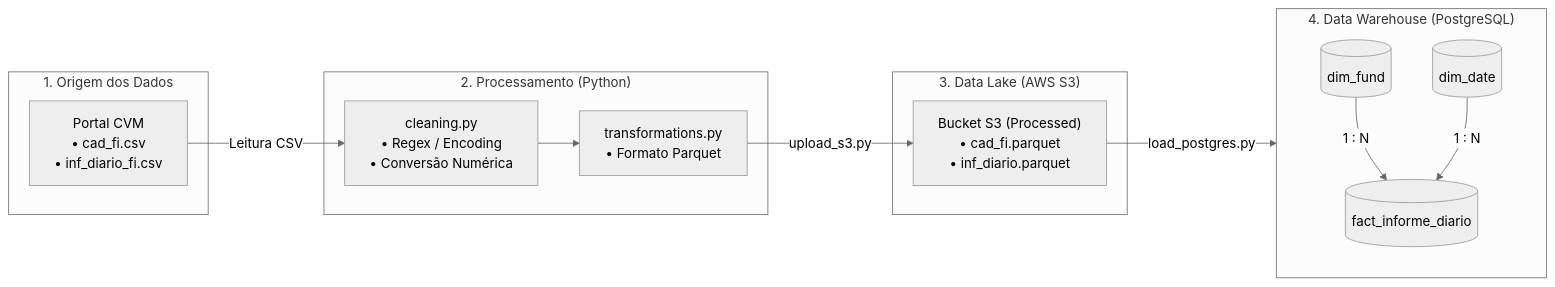
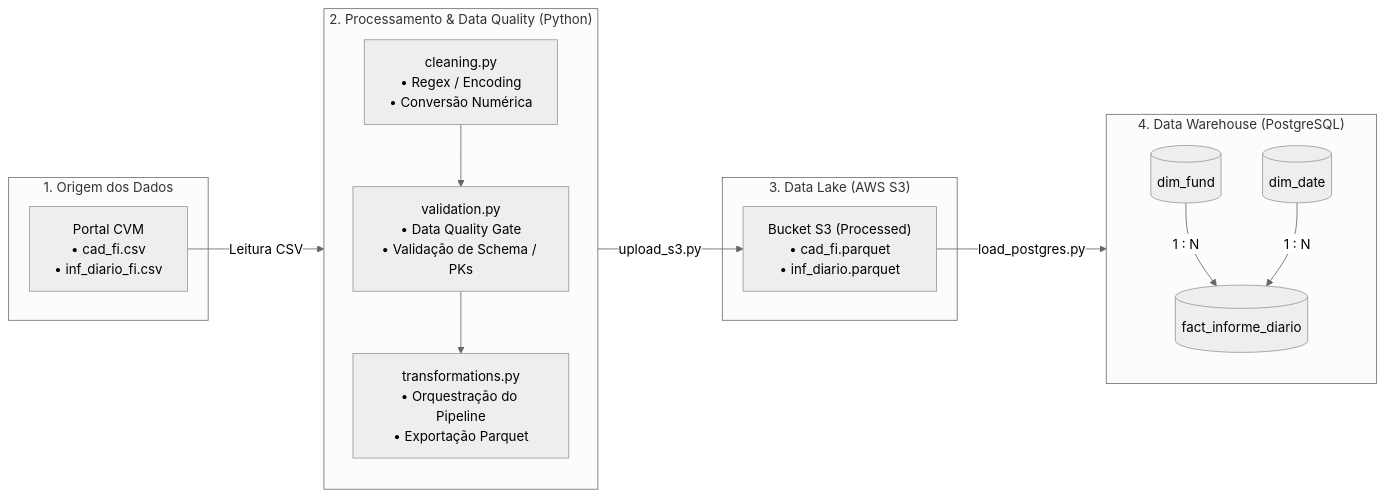
Before and after one commit to lomaloma11/cvm-business: the diagram in README.md, drawn with Mermaid (neutral theme).

Commit message:
docs: Atualizar a seção ETL no README com detalhes de validação

````diff
--- a/README.md
+++ b/README.md
@@ -3,34 +3,36 @@
 ```mermaid
 flowchart LR
     %% Fonte
     subgraph S1["1. Origem dos Dados"]
         A1["Portal CVM<br>• cad_fi.csv<br>• inf_diario_fi.csv"]
     end
 
-    %% ETL Python
-    subgraph S2["2. Processamento (Python)"]
+    %% ETL & Validação Python
+    subgraph S2["2. Processamento & Data Quality (Python)"]
+        direction TB
         B1["cleaning.py<br>• Regex / Encoding<br>• Conversão Numérica"]
-        B2["transformations.py<br>• Formato Parquet"]
-        B1 --> B2
+        B2["validation.py<br>• Data Quality Gate<br>• Validação de Schema / PKs"]
+        B3["transformations.py<br>• Orquestração do Pipeline<br>• Exportação Parquet"]
+        B1 --> B2 --> B3
     end
 
     %% Data Lake
     subgraph S3["3. Data Lake (AWS S3)"]
         C1["Bucket S3 (Processed)<br>• cad_fi.parquet<br>• inf_diario.parquet"]
     end
 
     %% Data Warehouse
     subgraph S4["4. Data Warehouse (PostgreSQL)"]
         direction TB
         D1[("dim_fund")]
         D2[("dim_date")]
         D3[("fact_informe_diario")]
         D1 -->|1 : N| D3
         D2 -->|1 : N| D3
     end
 
     %% Conexões
     A1 -->|Leitura CSV| B1
-    B2 -->|upload_s3.py| C1
+    B3 -->|upload_s3.py| C1
     C1 -->|load_postgres.py| S4
 ```
````
